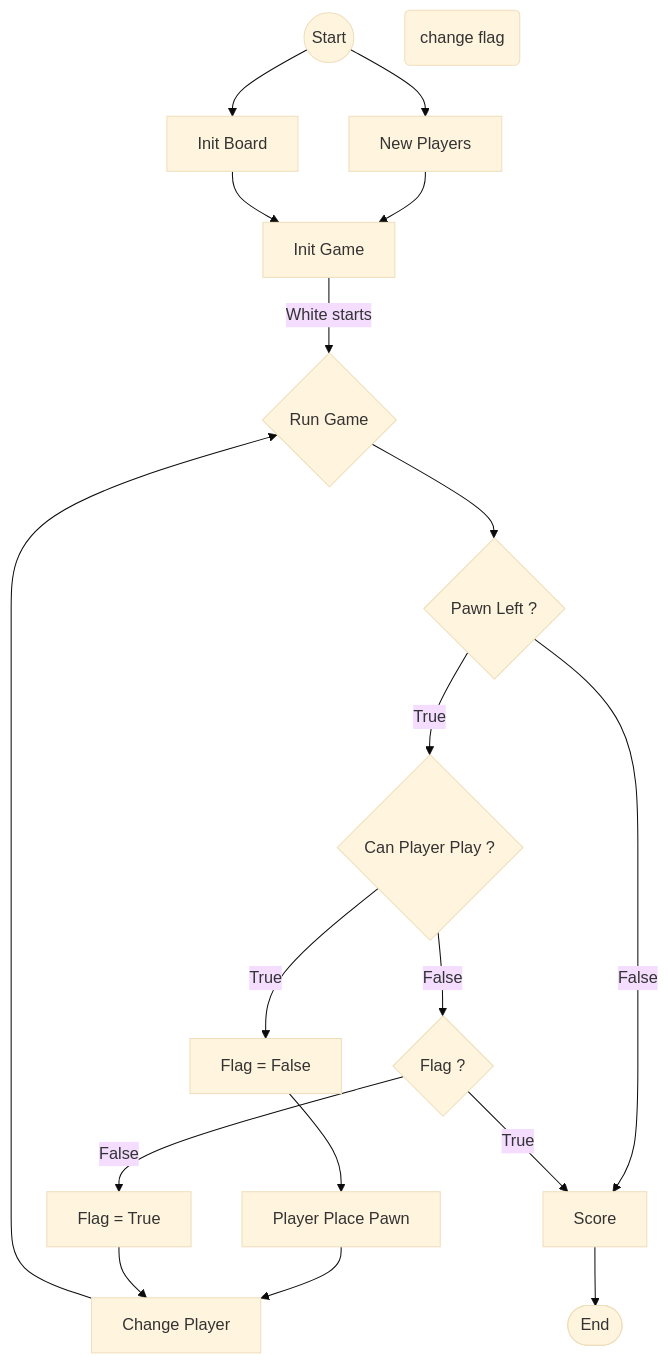
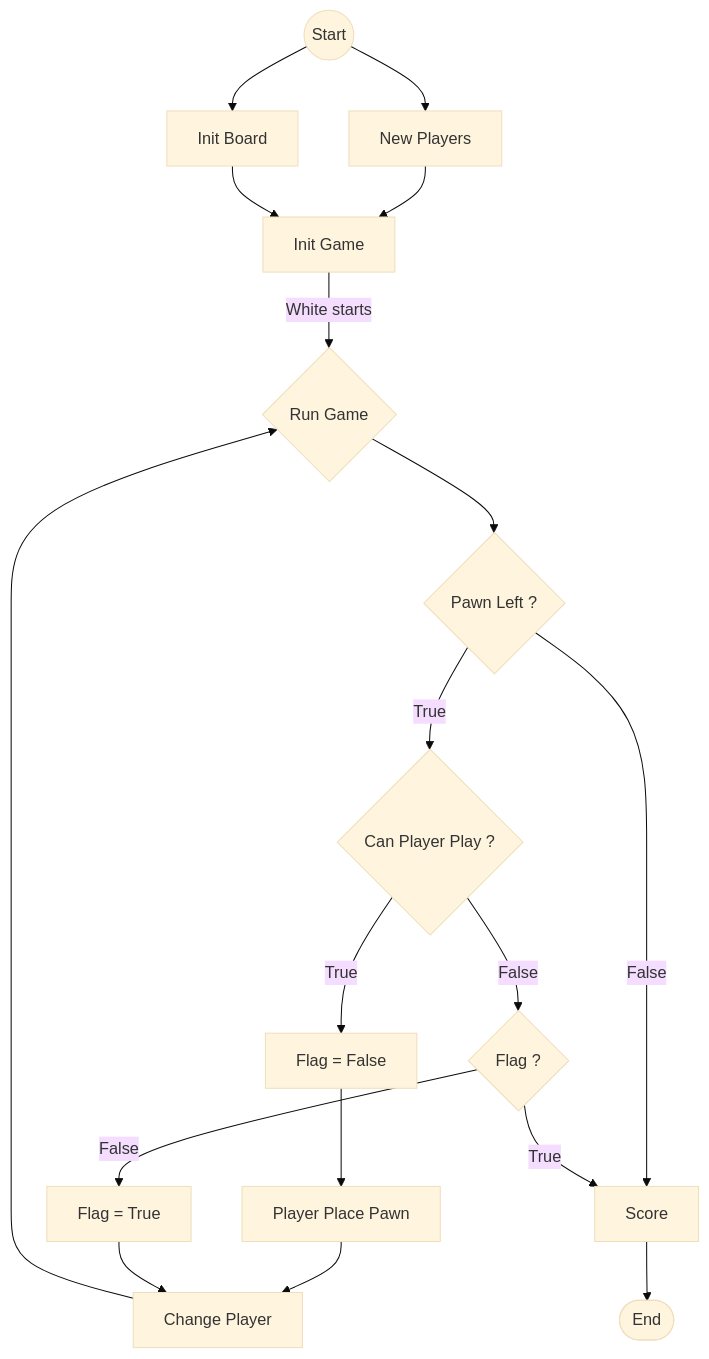
One commit to LexouLam/othello-repo changed the second of 2 diagrams in architecture.md. Above: the diagram before and after it, drawn with Mermaid (base theme). The commit also changed 5 other files, not shown here.

````diff
--- a/architecture.md
+++ b/architecture.md
@@ -15,48 +15,47 @@
 ```mermaid
 flowchart TD
 
     Start((Start))
     End([End])
 
     Init_Players[New Players]
     Init_Board[Init Board]
     Init_Game[Init Game]
 
     Run_Game{Run Game}
 
     Pawn_Left{Pawn Left ?}
     Can_Player_Play{Can Player Play ?}
     Player_Place_Pawn[Player Place Pawn]
     Change_Player[Change Player]
 
-    Flag_One_Player_Cant_Play(change flag)
     Was_Flag_True{Flag ?}
     Make_Flag_False[Flag = False]
     Make_Flag_True[Flag = True]
     Count_Score[Score]
 
     Start --> Init_Players
     Start --> Init_Board
     Init_Players & Init_Board --> Init_Game
     Init_Game --> |White starts| Run_Game
 
 
 
     Run_Game -->  Pawn_Left
     Pawn_Left --> |True| Can_Player_Play
     Pawn_Left --> |False| Count_Score
 
     Can_Player_Play --> |True| Make_Flag_False
     Make_Flag_False --> Player_Place_Pawn
     Player_Place_Pawn --> Change_Player
     
     Can_Player_Play --> |False| Was_Flag_True 
     Was_Flag_True --> | True | Count_Score 
     Was_Flag_True --> |False| Make_Flag_True
     Make_Flag_True -->  Change_Player
 
     Change_Player --> Run_Game
     
     Count_Score --> End
 
 ```
````
